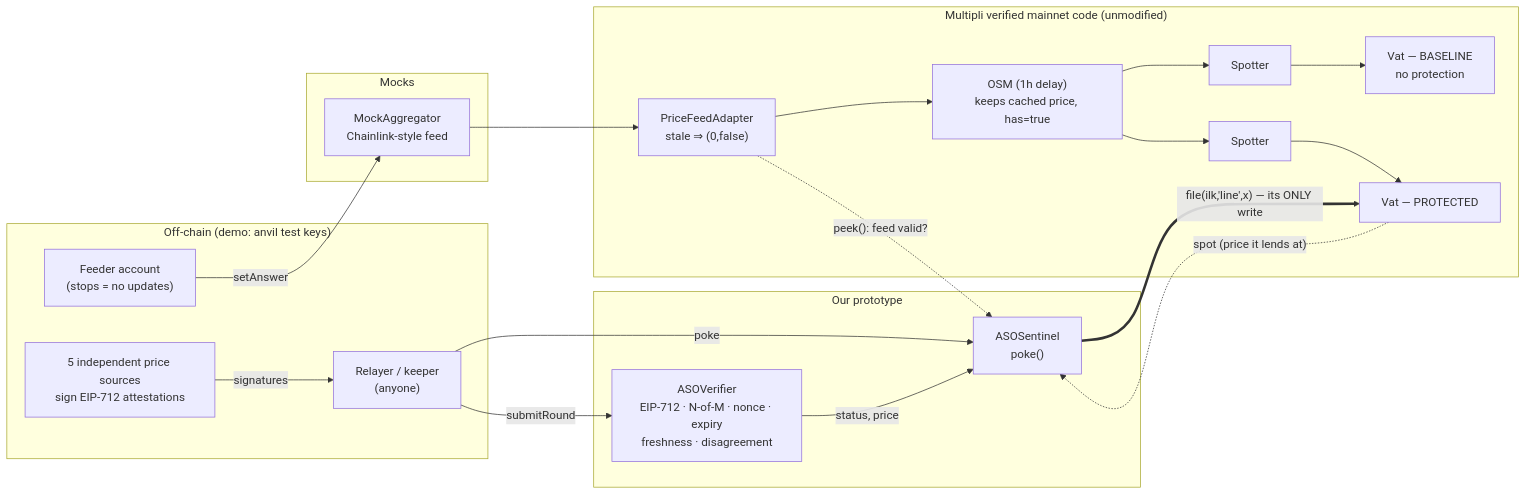
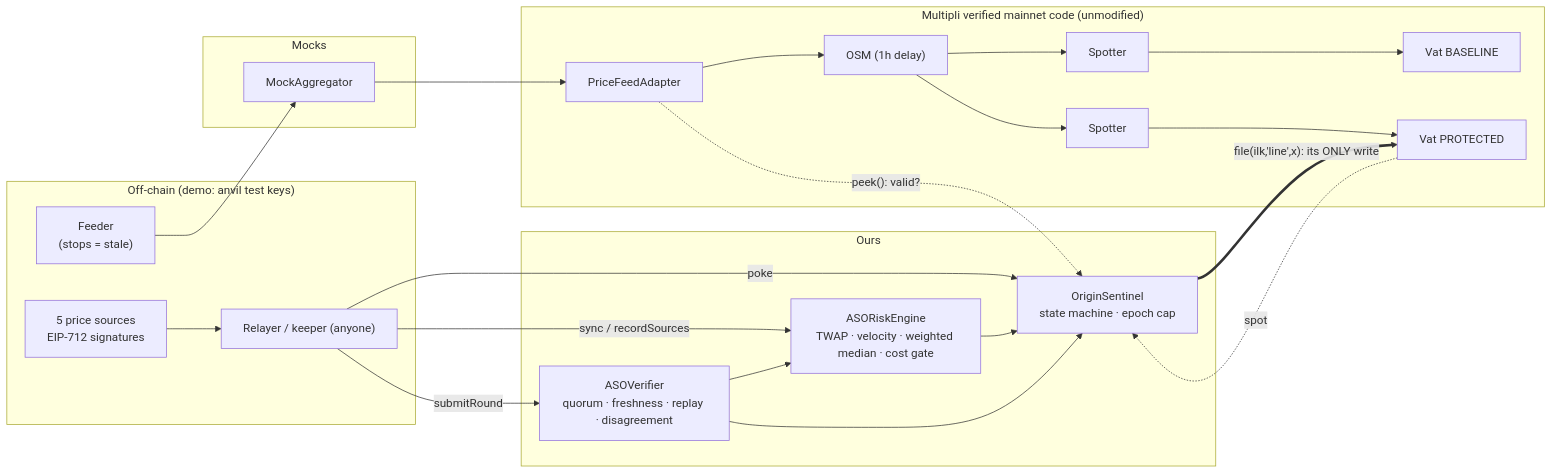
Before and after one commit to AnantSharmaDev768/aso-sentinel: the diagram in README.md, drawn with Mermaid. The commit also changed other lines of this file and 56 other files, not shown here.

First line of the commit message:
feat(origin): risk engine, manipulation-cost gate, 5-state Sentinel and dashboard

````diff
--- a/README.md
+++ b/README.md
@@ -57,34 +125,31 @@
 ```mermaid
 flowchart LR
     subgraph OFF["Off-chain (demo: anvil test keys)"]
-        SRC["5 independent price sources<br/>sign EIP-712 attestations"]
-        FEEDER["Feeder account<br/>(stops = no updates)"]
-        KEEP["Relayer / keeper<br/>(anyone)"]
+        SRC["5 price sources<br/>EIP-712 signatures"]
+        FEEDER["Feeder<br/>(stops = stale)"]
+        KEEP["Relayer / keeper (anyone)"]
     end
-
     subgraph MOCKS["Mocks"]
-        AGG["MockAggregator<br/>Chainlink-style feed"]
+        AGG["MockAggregator"]
     end
-
     subgraph MULTIPLI["Multipli verified mainnet code (unmodified)"]
-        ADP["PriceFeedAdapter<br/>stale ⇒ (0,false)"]
-        ADP --> OSM["OSM (1h delay)<br/>keeps cached price, has=true"]
-        OSM --> SPB["Spotter"] --> VATB["Vat — BASELINE<br/>no protection"]
-        OSM --> SPP["Spotter"] --> VATP["Vat — PROTECTED"]
+        ADP["PriceFeedAdapter"] --> OSM["OSM (1h delay)"]
+        OSM --> SPB["Spotter"] --> VATB["Vat BASELINE"]
+        OSM --> SPP["Spotter"] --> VATP["Vat PROTECTED"]
     end
-
-    subgraph OURS["Our prototype"]
-        VER["ASOVerifier<br/>EIP-712 · N-of-M · nonce · expiry<br/>freshness · disagreement"]
-        SEN["ASOSentinel<br/>poke()"]
+    subgraph OURS["Ours"]
+        VER["ASOVerifier<br/>quorum · freshness · replay · disagreement"]
+        RISK["ASORiskEngine<br/>TWAP · velocity · weighted median · cost gate"]
+        SEN["OriginSentinel<br/>state machine · epoch cap"]
     end
-
-    FEEDER -- setAnswer --> AGG
-    AGG --> ADP
-    SRC -- signatures --> KEEP
+    FEEDER --> AGG --> ADP
+    SRC --> KEEP
     KEEP -- submitRound --> VER
+    KEEP -- "sync / recordSources" --> RISK
     KEEP -- poke --> SEN
-    VER -- "status, price" --> SEN
-    ADP -. "peek(): feed valid?" .-> SEN
-    VATP -. "spot (price it lends at)" .-> SEN
-    SEN == "file(ilk,'line',x) — its ONLY write" ==> VATP
+    VER --> RISK --> SEN
+    VER --> SEN
+    ADP -. "peek(): valid?" .-> SEN
+    VATP -. "spot" .-> SEN
+    SEN == "file(ilk,'line',x): its ONLY write" ==> VATP
 ```
````
